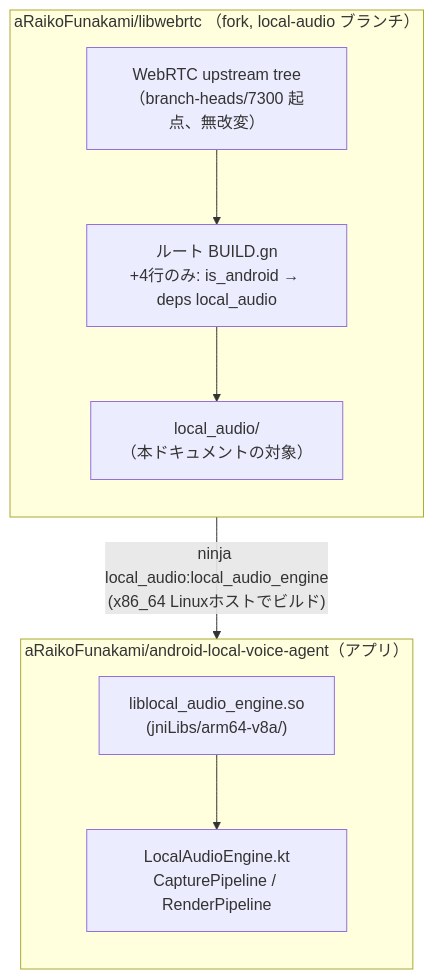
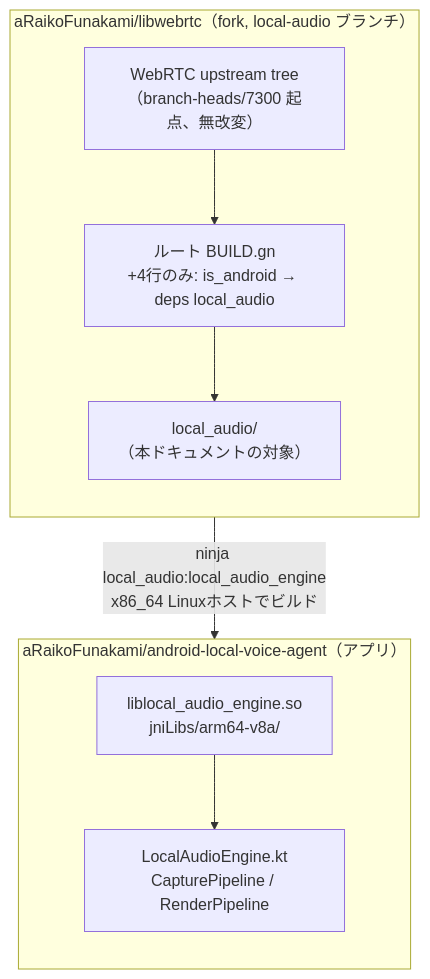
The first of 5 diagrams in local_audio/ARCHITECTURE.md (aRaikoFunakami/libwebrtc), drawn with Mermaid before and after one commit. The commit also changed other lines of this file, not shown here.

First line of the commit message:
Fix Mermaid syntax errors in ARCHITECTURE.md

````diff
--- a/local_audio/ARCHITECTURE.md
+++ b/local_audio/ARCHITECTURE.md
@@ -12,19 +12,19 @@
 ```mermaid
 flowchart TB
-    subgraph FORK["aRaikoFunakami/libwebrtc （fork, local-audio ブランチ）"]
+    subgraph FORK["aRaikoFunakami/libwebrtc（fork, local-audio ブランチ）"]
         direction TB
-        UPSTREAM["WebRTC upstream tree\n（branch-heads/7300 起点、無改変）"]
-        ROOT["ルート BUILD.gn\n+4行のみ: is_android → deps local_audio"]
-        LA["local_audio/\n（本ドキュメントの対象）"]
+        UPSTREAM["WebRTC upstream tree<br/>（branch-heads/7300 起点、無改変）"]
+        ROOT["ルート BUILD.gn<br/>+4行のみ: is_android → deps local_audio"]
+        LA["local_audio/<br/>（本ドキュメントの対象）"]
         UPSTREAM --> ROOT --> LA
     end
 
     subgraph APP["aRaikoFunakami/android-local-voice-agent（アプリ）"]
         direction TB
-        SO["liblocal_audio_engine.so\n(jniLibs/arm64-v8a/)"]
-        KOTLIN["LocalAudioEngine.kt\nCapturePipeline / RenderPipeline"]
+        SO["liblocal_audio_engine.so<br/>jniLibs/arm64-v8a/"]
+        KOTLIN["LocalAudioEngine.kt<br/>CapturePipeline / RenderPipeline"]
         SO --> KOTLIN
     end
 
-    LA -- "ninja local_audio:local_audio_engine\n(x86_64 Linuxホストでビルド)" --> SO
+    LA -- "ninja local_audio:local_audio_engine<br/>x86_64 Linuxホストでビルド" --> SO
 ```
````
